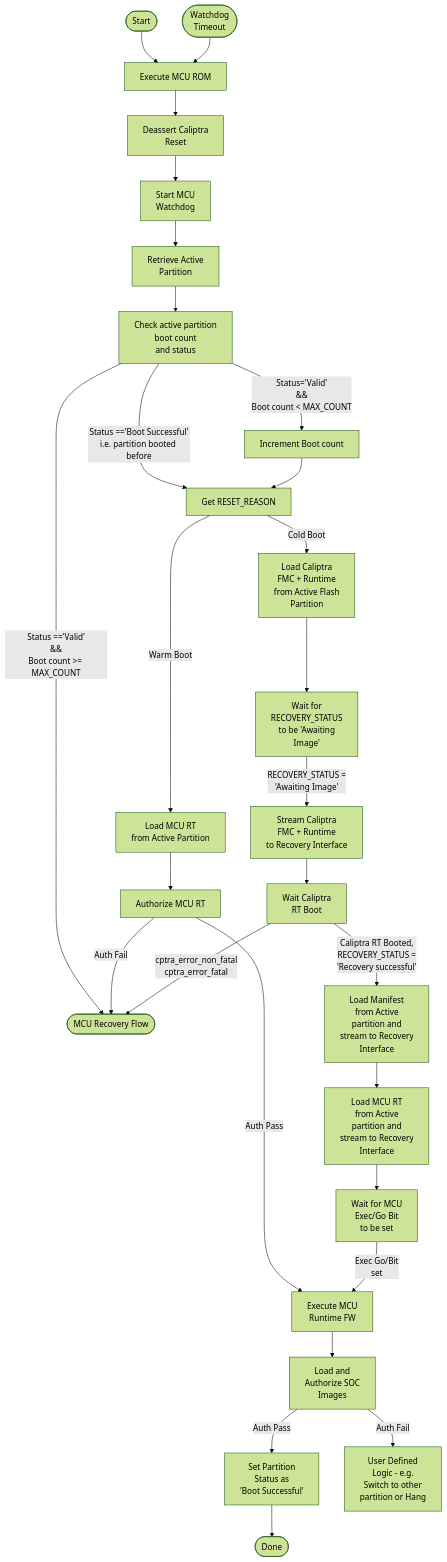
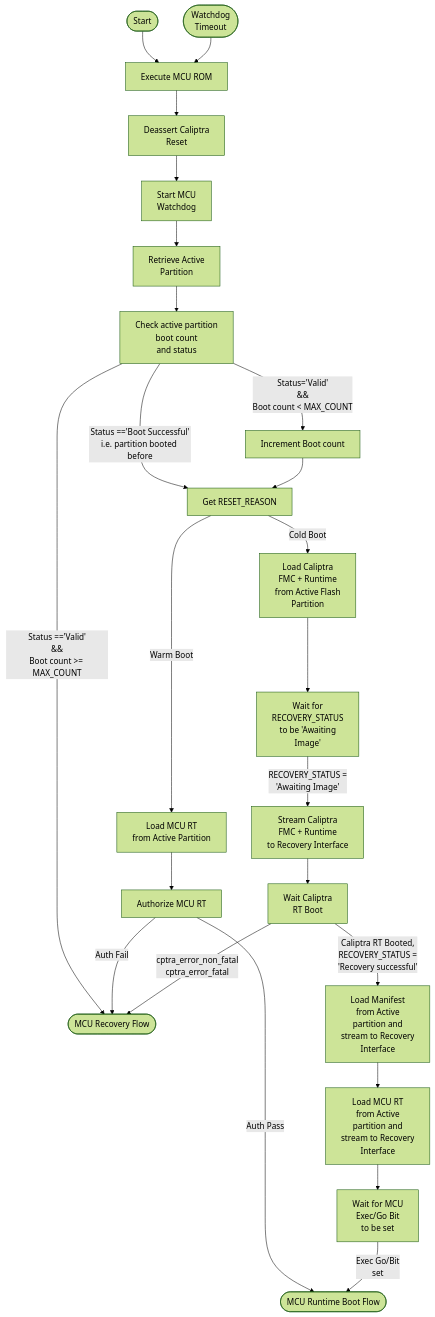
One commit to chipsalliance/caliptra-mcu-sw changed the fifth of 7 diagrams in docs/src/image_loading.md. Above: the diagram before and after it, drawn with Mermaid (forest theme). The commit also changed other lines of this file, not shown here.

````diff
--- a/docs/src/image_loading.md
+++ b/docs/src/image_loading.md
@@ -371,36 +371,33 @@
 ```mermaid
 flowchart TD
     MCUFlow([Start])-->MCUROM
     TIMEOUT([Watchdog<br>Timeout])-->MCUROM
     MCUROM[Execute MCU ROM]
     MCUROM-->DeassertCaliptraReset[Deassert Caliptra<br>Reset] --> StartMCUWD[Start MCU<br>Watchdog]-->
     READ_PART[Retrieve Active<br>Partition]-->CHECK_BOOT_COUNT
 
     CHECK_BOOT_COUNT[Check active partition<br>boot count<br>and status] --> |Status =='Valid'<br>&&<br>Boot count >= MAX_COUNT| Recover
     CHECK_BOOT_COUNT --> |Status =='Boot Successful'<br>i.e. partition booted before| CHECK_RESET_REASON
     CHECK_BOOT_COUNT --> |Status='Valid'<br>&&<br>Boot count < MAX_COUNT| INCREMENT_COUNT[Increment Boot count] -->  CHECK_RESET_REASON
 
     CHECK_RESET_REASON[Get RESET_REASON]-->|Cold Boot|LoadFMC[Load Caliptra<br>FMC + Runtime<br>from Active Flash<br>Partition]
     CHECK_RESET_REASON-->|Warm Boot|LoadMCURTWarm[Load MCU RT<br>from Active Partition]-->AuthorizeMCURT[Authorize MCU RT]
 
     AuthorizeMCURT-->|Auth Pass|MCURTStart
     AuthorizeMCURT-->|Auth Fail|Recover
     LoadFMC --> WaitRecoveryReady[Wait for<br>RECOVERY_STATUS<br>to be 'Awaiting<br>Image']
         --> |RECOVERY_STATUS =<br>'Awaiting Image'| StreamFMC[Stream Caliptra<br>FMC + Runtime<br>to Recovery Interface]
     StreamFMC --> WaitForCaliptraBoot[Wait Caliptra<br>RT Boot]
 
     WaitForCaliptraBoot --> |cptra_error_non_fatal<br>cptra_error_fatal| Recover
     WaitForCaliptraBoot --> |Caliptra RT Booted,<br>RECOVERY_STATUS =<br>'Recovery successful'| StreamManifest[Load Manifest<br>from Active<br>partition and<br>stream to Recovery<br>Interface]
         --> StreamMCURT[Load MCU RT<br>from Active<br>partition and<br>stream to Recovery<br>Interface]
 
     StreamMCURT--> WaitMCURTBoot[Wait for MCU<br>Exec/Go Bit<br>to be set]
 
-    WaitMCURTBoot-->|Exec Go/Bit<br>set|MCURTStart[Execute MCU<br>Runtime FW]
+    WaitMCURTBoot-->|Exec Go/Bit<br>set|MCURTStart([MCU Runtime Boot Flow])
 
-    MCURTStart-->LoadAndAuthorizeSocImage[Load and<br>Authorize SOC<br>Images]
 
     Recover([MCU Recovery Flow])
-    LoadAndAuthorizeSocImage --> |Auth Pass| SUCCESSFUL_BOOT[Set Partition <br>Status as <br>'Boot Successful'] --> Done([Done])
-    LoadAndAuthorizeSocImage --> |Auth Fail| UserDefinedOption[User Defined<br>Logic - e.g.<br>Switch to other<br>partition or Hang]
 
 ```
````
